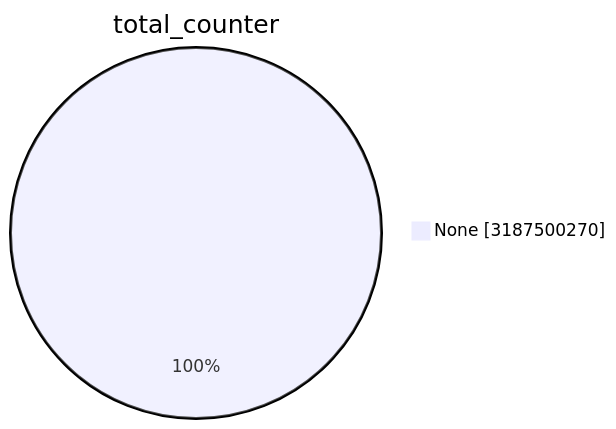
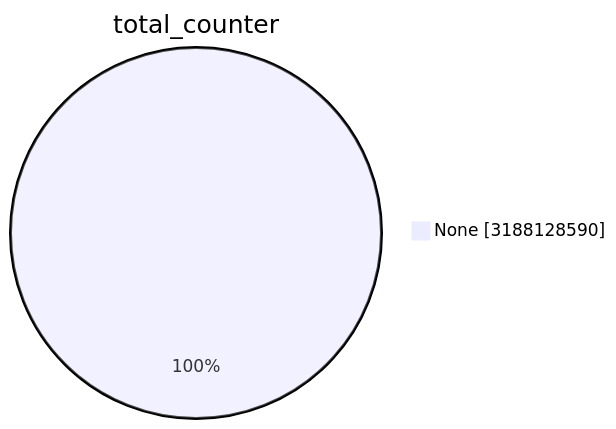
One commit to christiankrug/ctmonitor_visualization changed the first of 15 diagrams in TOTAL/README.md. Above: the diagram before and after it, drawn with Mermaid. The commit also changed other lines of this file, not shown here.

````diff
--- a/TOTAL/README.md
+++ b/TOTAL/README.md
@@ -1,5 +1,5 @@
 ```mermaid
 pie showData
 title total_counter
-"None" :3187500270
+"None" :3188128590
 ```
````
